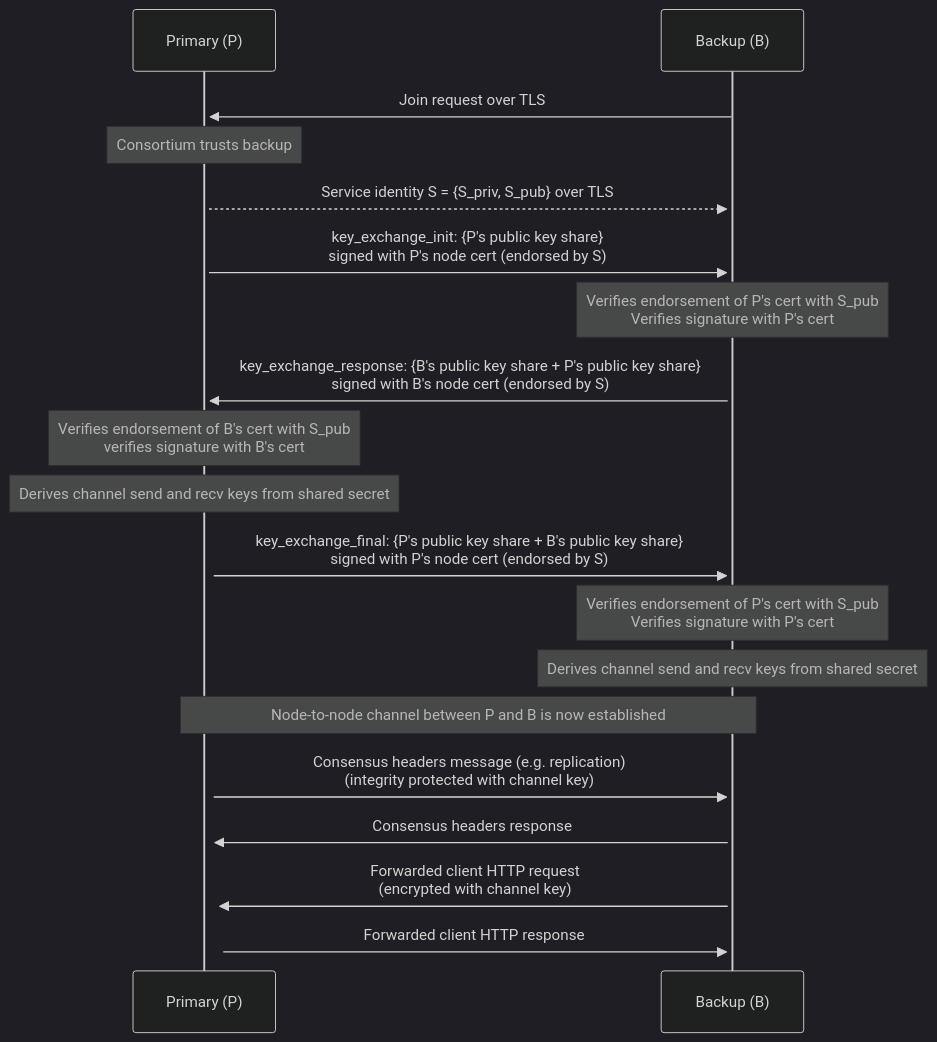
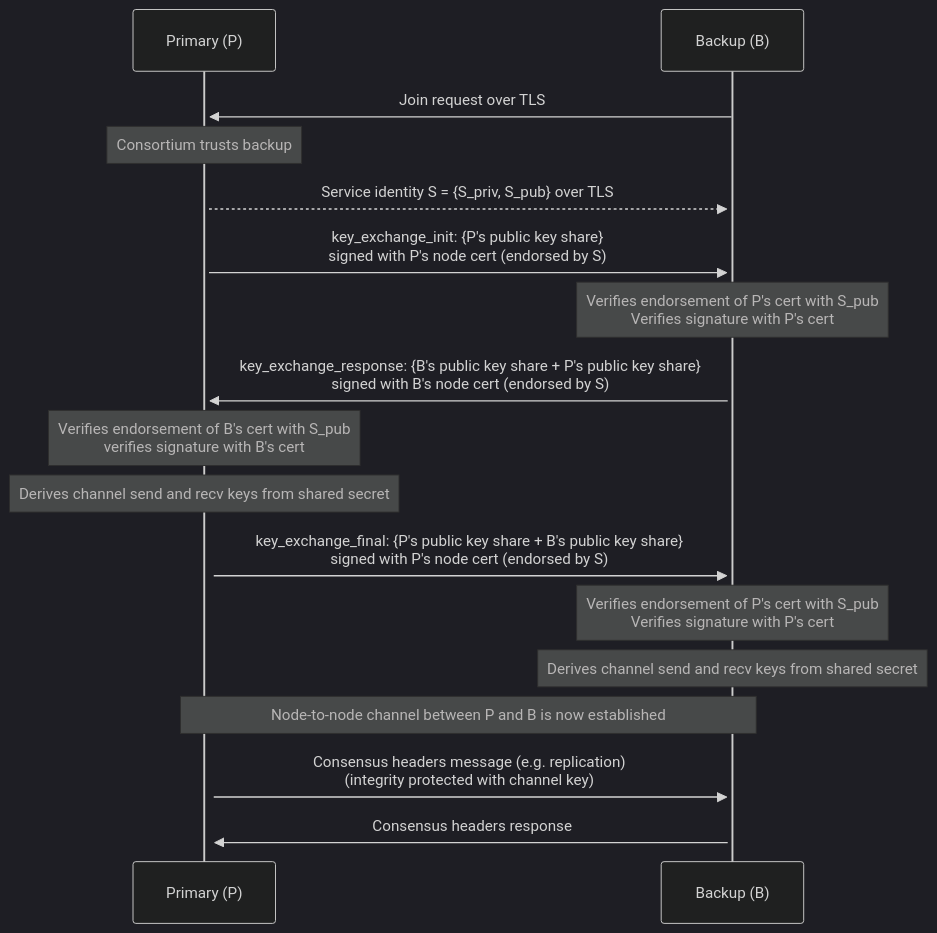
One commit to microsoft/CCF changed the first of 5 diagrams in doc/architecture/node_to_node.rst. Above: the diagram before and after it, drawn with Mermaid (dark theme). The commit also changed other lines of this file and 82 other files, not shown here.

```diff
--- a/doc/architecture/node_to_node.rst
+++ b/doc/architecture/node_to_node.rst
@@ -28,33 +27,30 @@
 .. mermaid::
 
     sequenceDiagram
         participant Primary as Primary (P)
         participant Backup as Backup (B)
 
         Backup->>+Primary: Join request over TLS
         Note over Primary: Consortium trusts backup
         Primary-->>+Backup: Service identity S = {S_priv, S_pub} over TLS
 
         Primary->>+Backup: key_exchange_init: {P's public key share} <br> signed with P's node cert (endorsed by S)
 
         Note over Backup: Verifies endorsement of P's cert with S_pub <br> Verifies signature with P's cert
 
         Backup->>+Primary: key_exchange_response: {B's public key share + P's public key share}  <br>  signed with B's node cert (endorsed by S)
 
         Note over Primary: Verifies endorsement of B's cert with S_pub <br> verifies signature with B's cert
 
         Note over Primary: Derives channel send and recv keys from shared secret
 
         Primary->>+Backup: key_exchange_final: {P's public key share + B's public key share}  <br> signed with P's node cert (endorsed by S)
 
         Note over Backup: Verifies endorsement of P's cert with S_pub <br> Verifies signature with P's cert
 
         Note over Backup: Derives channel send and recv keys from shared secret
 
         Note over Primary, Backup: Node-to-node channel between P and B is now established
 
         Primary->>+Backup: Consensus headers message (e.g. replication) <br> (integrity protected with channel key)
         Backup->>+Primary: Consensus headers response
-
-        Backup->>+Primary: Forwarded client HTTP request <br> (encrypted with channel key)
-        Primary->>+Backup: Forwarded client HTTP response
```
